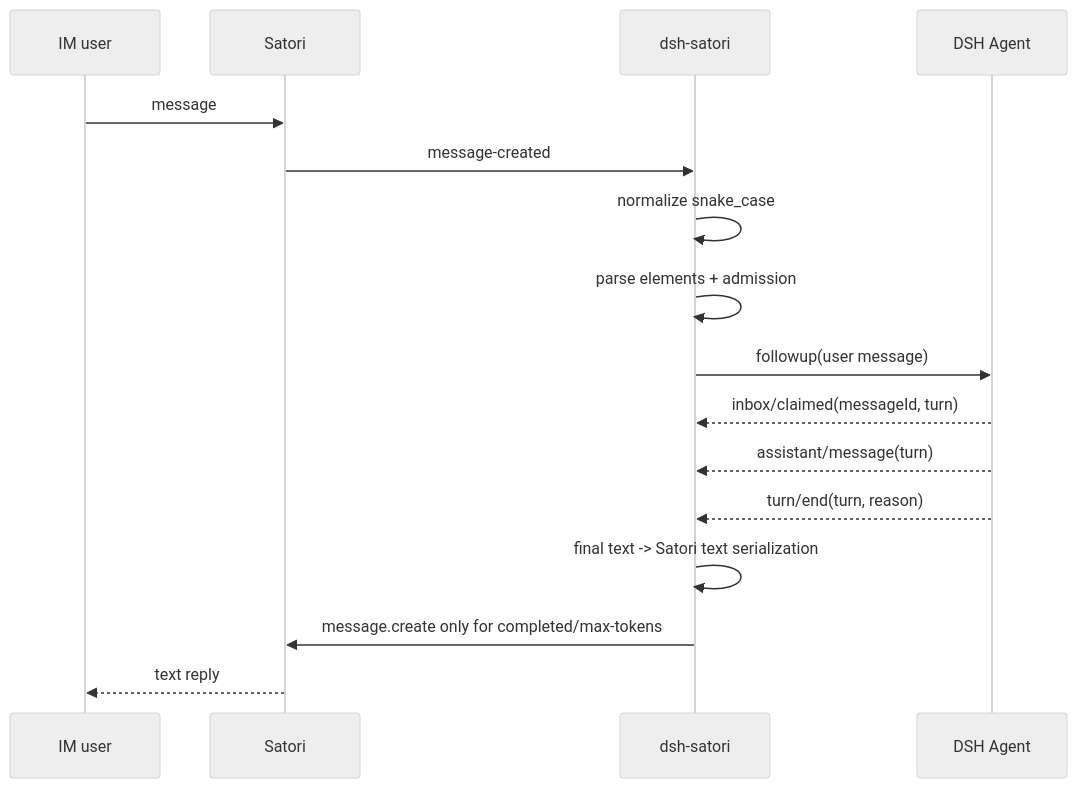
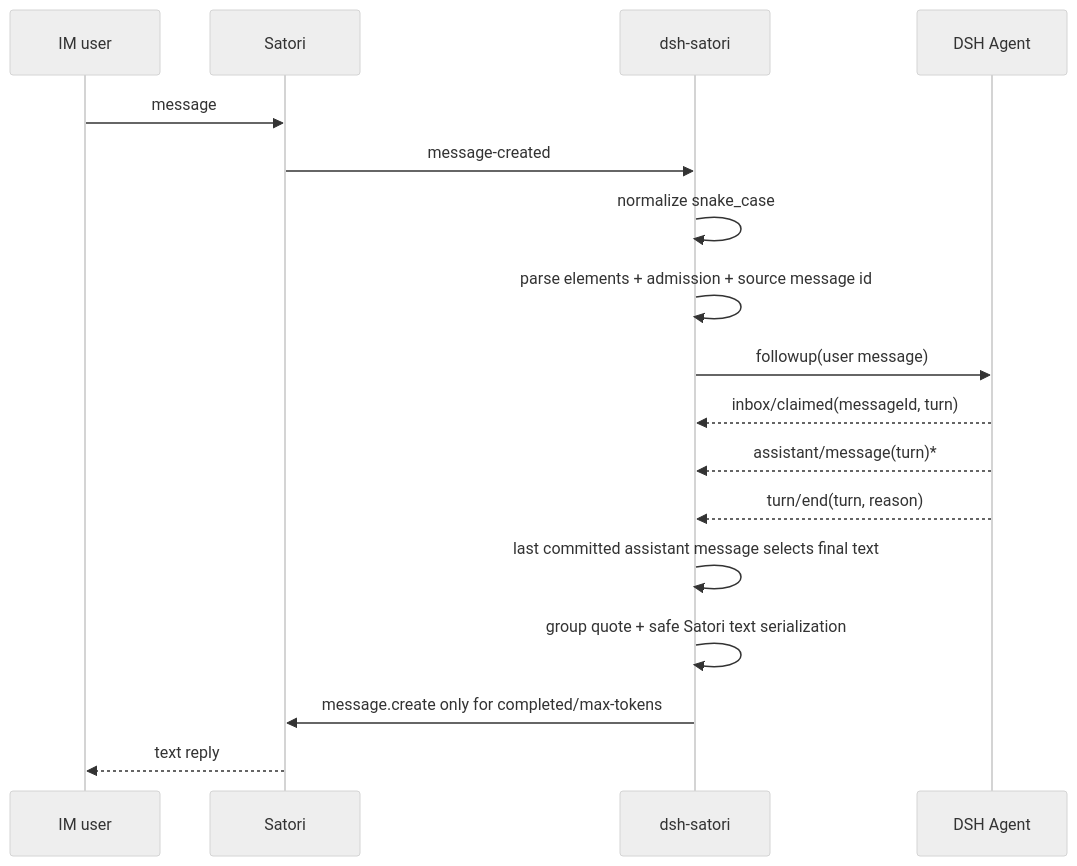
The second of 2 diagrams in README.md (Ri0n72Y/dsh-satori), drawn with Mermaid (neutral theme) before and after one commit. The commit also changed other lines of this file and 17 other files, not shown here.

````diff
--- a/README.md
+++ b/README.md
@@ -140,19 +142,20 @@
 ```mermaid
 sequenceDiagram
     participant IM as IM user
     participant S as Satori
     participant P as dsh-satori
     participant D as DSH Agent
 
     IM->>S: message
     S->>P: message-created
     P->>P: normalize snake_case
-    P->>P: parse elements + admission
+    P->>P: parse elements + admission + source message id
     P->>D: followup(user message)
     D-->>P: inbox/claimed(messageId, turn)
-    D-->>P: assistant/message(turn)
+    D-->>P: assistant/message(turn)*
     D-->>P: turn/end(turn, reason)
-    P->>P: final text -> Satori text serialization
+    P->>P: last committed assistant message selects final text
+    P->>P: group quote + safe Satori text serialization
     P->>S: message.create only for completed/max-tokens
     S-->>IM: text reply
 ```
````
